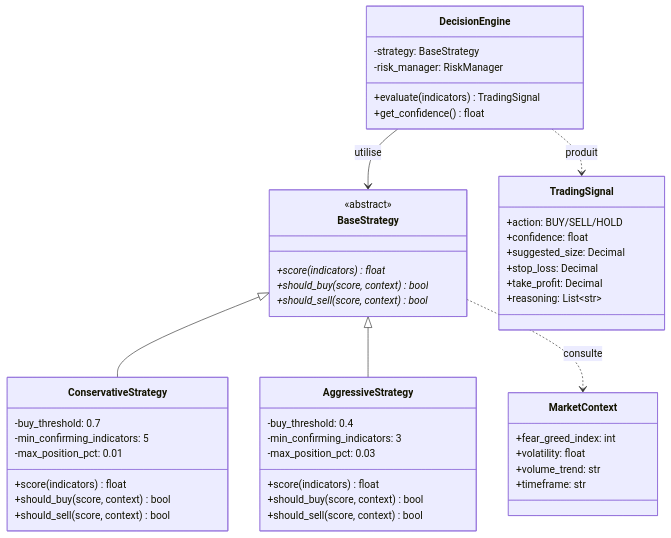
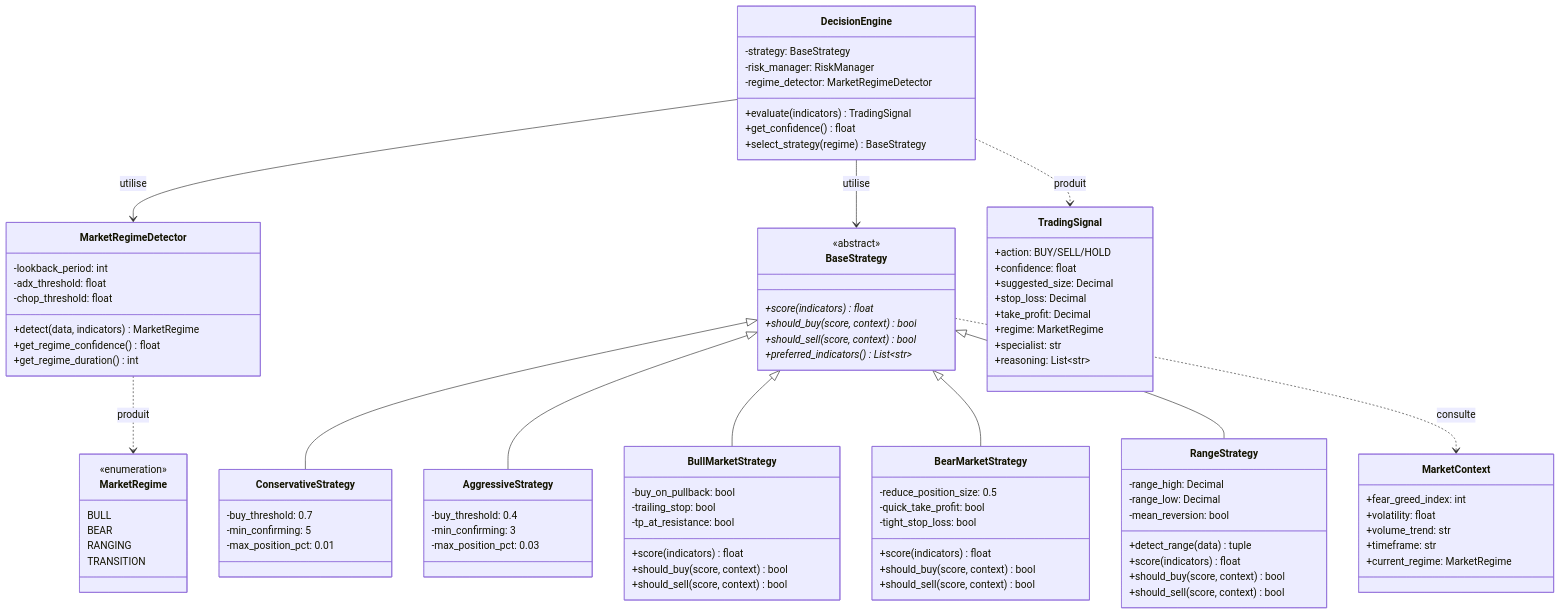
Before and after one commit to tonysla37/my_trading_bot: the fifth of 12 diagrams in docs/DIAGRAMS.md, drawn with Mermaid. The commit also changed other lines of this file and 3 other files, not shown here.

First line of the commit message:
docs: add market-condition specialist bots (bull, bear, range)

````diff
--- a/docs/DIAGRAMS.md
+++ b/docs/DIAGRAMS.md
@@ -222,10 +251,29 @@
 ```mermaid
 classDiagram
+    class MarketRegimeDetector {
+        -lookback_period: int
+        -adx_threshold: float
+        -chop_threshold: float
+        +detect(data, indicators) MarketRegime
+        +get_regime_confidence() float
+        +get_regime_duration() int
+    }
+
+    class MarketRegime {
+        <<enumeration>>
+        BULL
+        BEAR
+        RANGING
+        TRANSITION
+    }
+
     class DecisionEngine {
         -strategy: BaseStrategy
         -risk_manager: RiskManager
+        -regime_detector: MarketRegimeDetector
         +evaluate(indicators) TradingSignal
         +get_confidence() float
+        +select_strategy(regime) BaseStrategy
     }
 
     class BaseStrategy {
@@ -233,24 +281,55 @@
         +score(indicators) float*
         +should_buy(score, context) bool*
         +should_sell(score, context) bool*
+        +preferred_indicators() List~str~*
     }
 
     class ConservativeStrategy {
         -buy_threshold: 0.7
-        -min_confirming_indicators: 5
+        -min_confirming: 5
         -max_position_pct: 0.01
+    }
+
+    class AggressiveStrategy {
+        -buy_threshold: 0.4
+        -min_confirming: 3
+        -max_position_pct: 0.03
+    }
+
+    class BullMarketStrategy {
+        -buy_on_pullback: bool
+        -trailing_stop: bool
+        -tp_at_resistance: bool
         +score(indicators) float
         +should_buy(score, context) bool
         +should_sell(score, context) bool
     }
 
-    class AggressiveStrategy {
-        -buy_threshold: 0.4
-        -min_confirming_indicators: 3
-        -max_position_pct: 0.03
+    class BearMarketStrategy {
+        -reduce_position_size: 0.5
+        -quick_take_profit: bool
+        -tight_stop_loss: bool
         +score(indicators) float
         +should_buy(score, context) bool
         +should_sell(score, context) bool
+    }
+
+    class RangeStrategy {
+        -range_high: Decimal
+        -range_low: Decimal
+        -mean_reversion: bool
+        +detect_range(data) tuple
+        +score(indicators) float
+        +should_buy(score, context) bool
+        +should_sell(score, context) bool
+    }
+
+    class MarketContext {
+        +fear_greed_index: int
+        +volatility: float
+        +volume_trend: str
+        +timeframe: str
+        +current_regime: MarketRegime
     }
 
     class TradingSignal {
@@ -259,19 +338,19 @@
         +suggested_size: Decimal
         +stop_loss: Decimal
         +take_profit: Decimal
+        +regime: MarketRegime
+        +specialist: str
         +reasoning: List~str~
     }
 
-    class MarketContext {
-        +fear_greed_index: int
-        +volatility: float
-        +volume_trend: str
-        +timeframe: str
-    }
-
+    MarketRegimeDetector ..> MarketRegime : produit
+    DecisionEngine --> MarketRegimeDetector : utilise
     DecisionEngine --> BaseStrategy : utilise
     BaseStrategy <|-- ConservativeStrategy
     BaseStrategy <|-- AggressiveStrategy
+    BaseStrategy <|-- BullMarketStrategy
+    BaseStrategy <|-- BearMarketStrategy
+    BaseStrategy <|-- RangeStrategy
     DecisionEngine ..> TradingSignal : produit
     BaseStrategy ..> MarketContext : consulte
 ```
````
